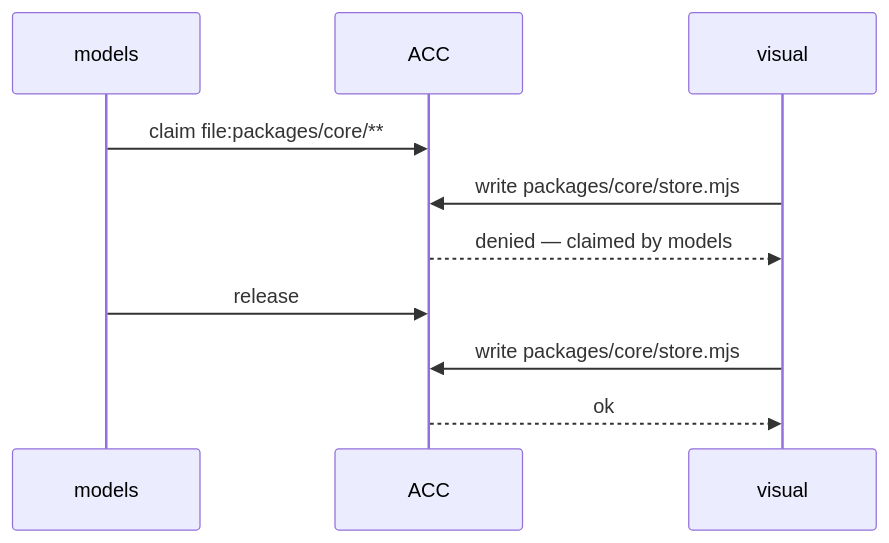
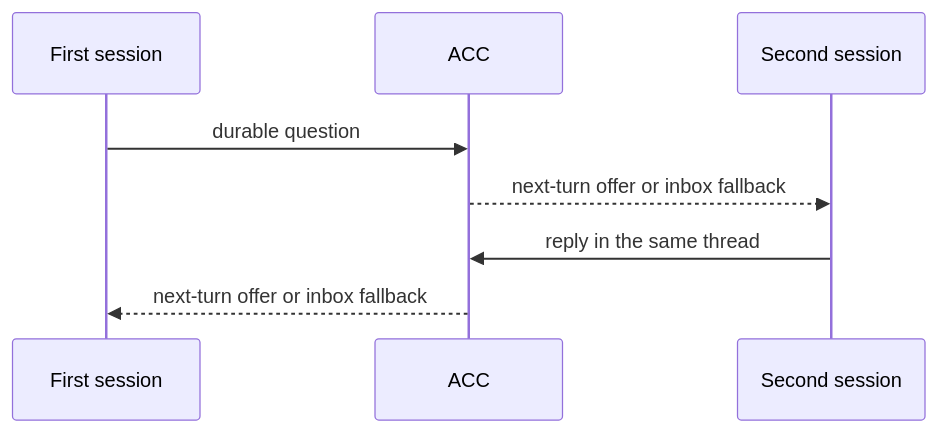
Before and after one commit to automatis-tools/agents-can-communicate: the diagram in docs/GETTING_STARTED.md, drawn with Mermaid. The commit also changed other lines of this file and 21 other files, not shown here.

````diff
--- a/docs/GETTING_STARTED.md
+++ b/docs/GETTING_STARTED.md
@@ -53,12 +8,10 @@
 ```mermaid
 sequenceDiagram
-  participant M as models
+  participant A as First session
   participant ACC
-  participant V as visual
-  M->>ACC: claim file:packages/core/**
-  V->>ACC: write packages/core/store.mjs
-  ACC-->>V: denied — claimed by models
-  M->>ACC: release
-  V->>ACC: write packages/core/store.mjs
-  ACC-->>V: ok
+  participant B as Second session
+  A->>ACC: durable question
+  ACC-->>B: next-turn offer or inbox fallback
+  B->>ACC: reply in the same thread
+  ACC-->>A: next-turn offer or inbox fallback
 ```
````
